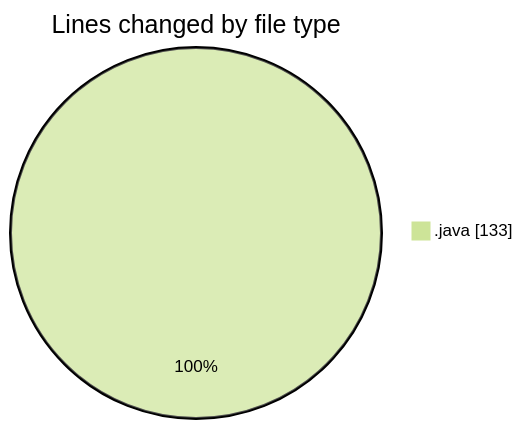
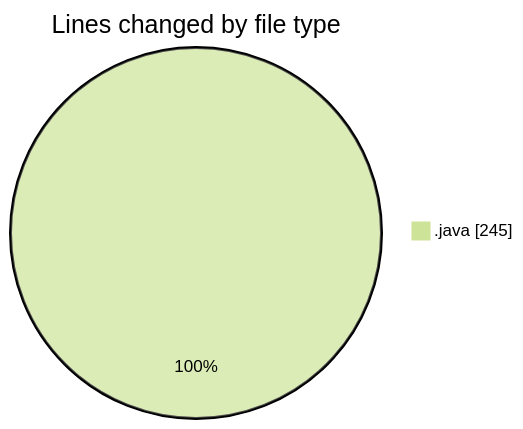
Before and after one commit to NitaiMahat/code-tracking: the first of 2 diagrams in 2025-03-08/computer_202/README.md, drawn with Mermaid (forest theme). The commit also changed other lines of this file and 1 other file, not shown here.

````diff
--- a/2025-03-08/computer_202/README.md
+++ b/2025-03-08/computer_202/README.md
@@ -23,5 +25,5 @@
 ```mermaid
 pie showData
 title Lines changed by file type
-".java" : 133
+".java" : 245
 ```
````
